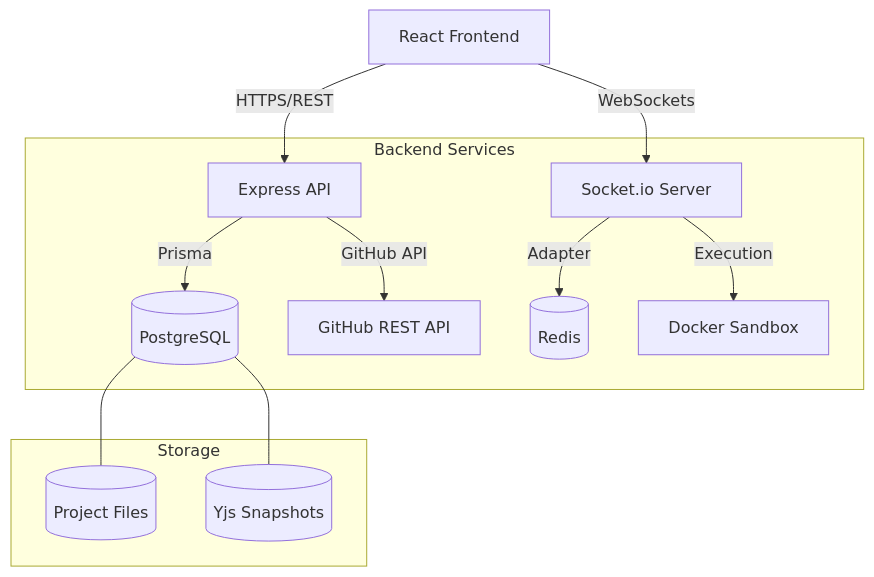
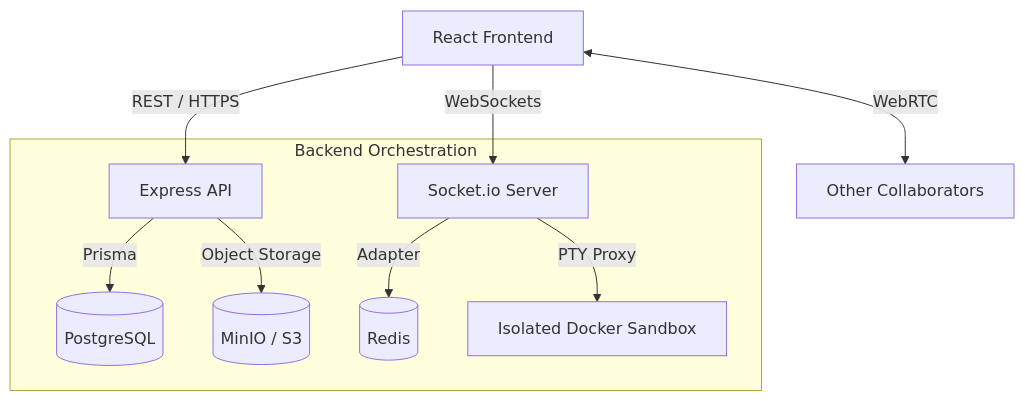
The diagram in README.md (syedmukheeth/DevCollab), drawn with Mermaid before and after one commit. The commit also changed other lines of this file, not shown here.

````diff
--- a/README.md
+++ b/README.md
@@ -37,17 +43,13 @@
 ```mermaid
 graph TD
-    Client[React Frontend] -->|HTTPS/REST| API[Express API]
+    Client[React Frontend] -->|REST / HTTPS| API[Express API]
     Client -->|WebSockets| SocketServer[Socket.io Server]
+    Client <-->|WebRTC| Peers[Other Collaborators]
     
-    subgraph "Backend Services"
+    subgraph "Backend Orchestration"
         API -->|Prisma| DB[(PostgreSQL)]
-        API -->|GitHub API| GitHub[GitHub REST API]
+        API -->|Object Storage| MinIO[(MinIO / S3)]
         SocketServer -->|Adapter| Redis[(Redis)]
-        SocketServer -->|Execution| Docker[Docker Sandbox]
-    end
-    
-    subgraph "Storage"
-        DB --- Files[(Project Files)]
-        DB --- Snapshots[(Yjs Snapshots)]
+        SocketServer -->|PTY Proxy| Docker[Isolated Docker Sandbox]
     end
 ```
````
